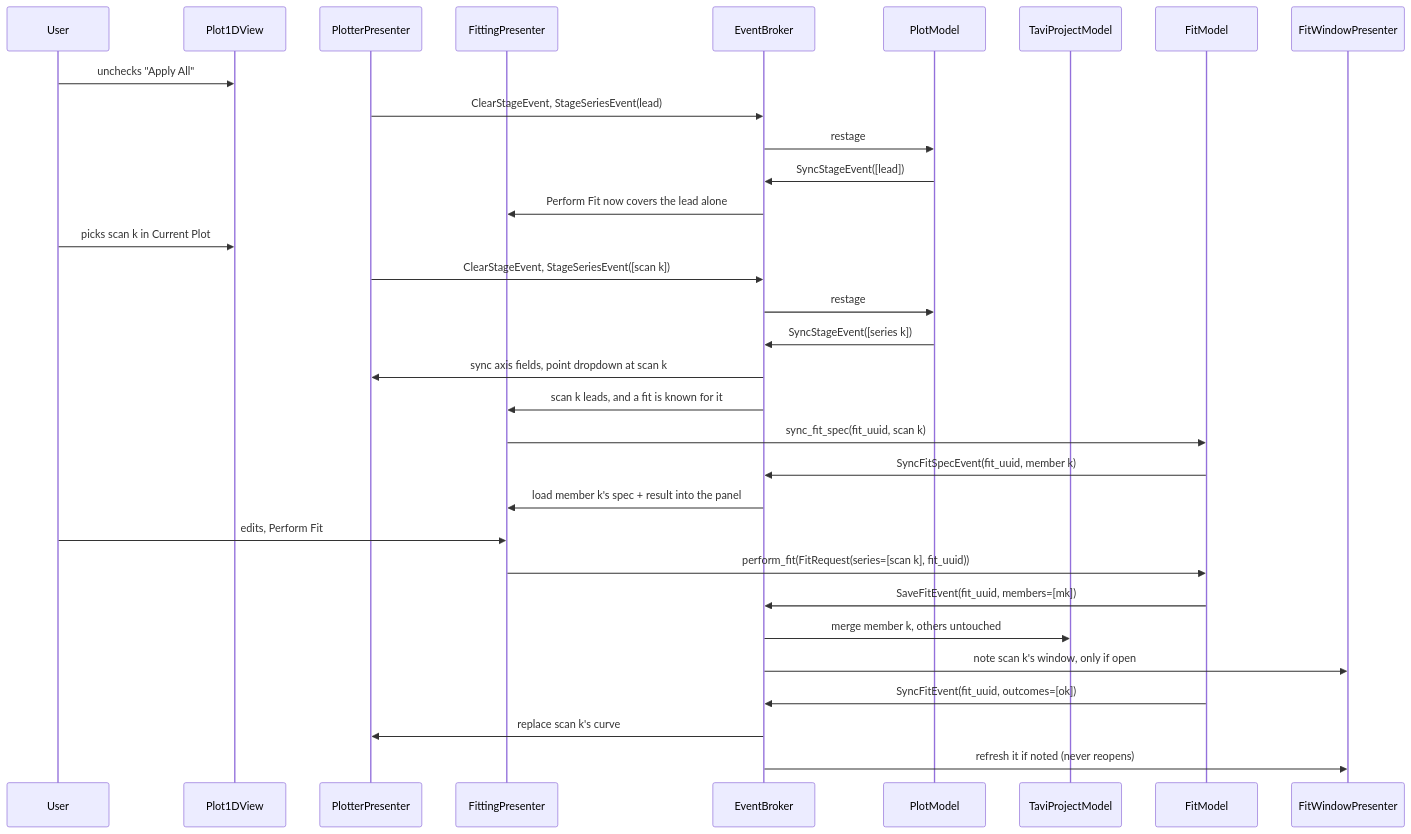
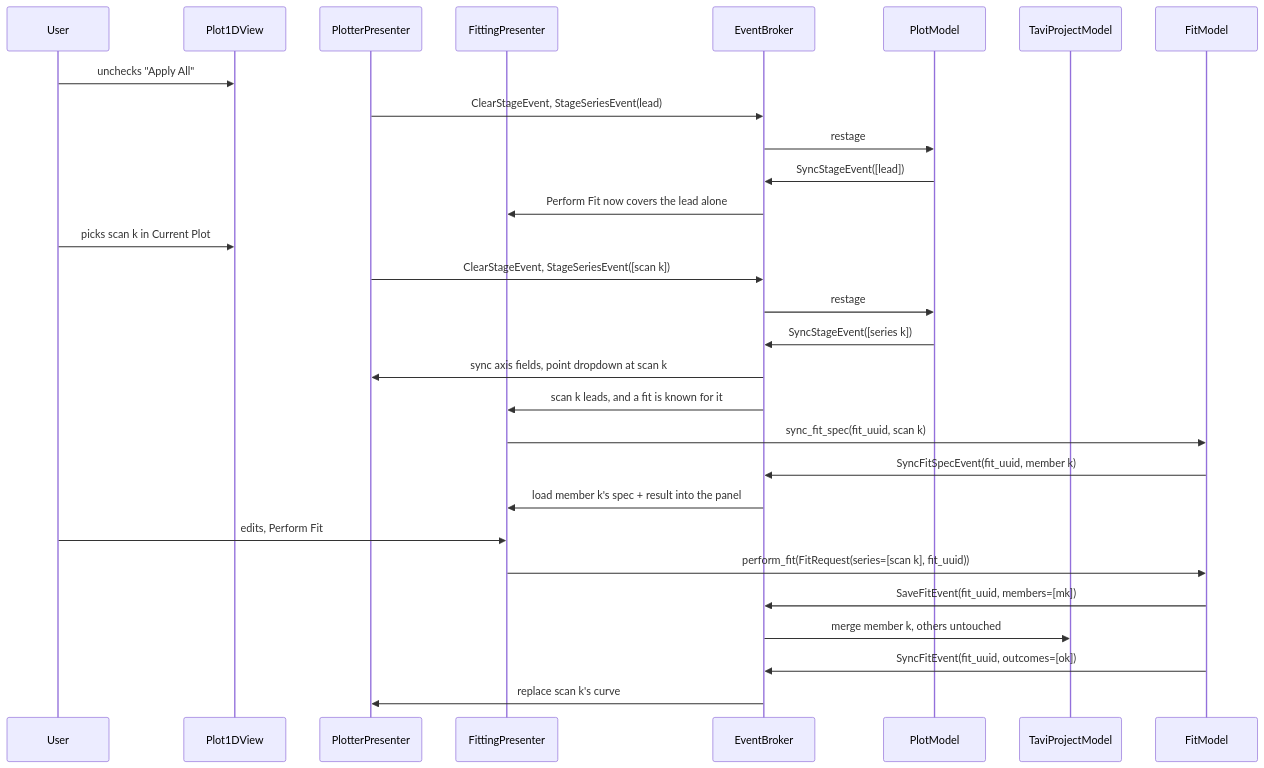
The sixth of 8 diagrams in docs/source/design/frontend/fit_data_model.rst (neutrons/TAVI), drawn with Mermaid before and after one commit. The commit also changed other lines of this file and 20 other files, not shown here.

```diff
--- a/docs/source/design/frontend/fit_data_model.rst
+++ b/docs/source/design/frontend/fit_data_model.rst
@@ -449,35 +503,35 @@
 .. mermaid::
 
     sequenceDiagram
         participant User
         participant Plot1DView
         participant PlotterPresenter
         participant FittingPresenter
         participant EventBroker
         participant PlotModel
         participant TaviProjectModel
         participant FitModel
-        participant FitWindowPresenter
+        %% Deprecated: participant FitWindowPresenter
 
         User ->> Plot1DView: unchecks "Apply All"
         PlotterPresenter ->> EventBroker: ClearStageEvent, StageSeriesEvent(lead)
         EventBroker ->> PlotModel: restage
         PlotModel ->> EventBroker: SyncStageEvent([lead])
         EventBroker ->> FittingPresenter: Perform Fit now covers the lead alone
         User ->> Plot1DView: picks scan k in Current Plot
         PlotterPresenter ->> EventBroker: ClearStageEvent, StageSeriesEvent([scan k])
         EventBroker ->> PlotModel: restage
         PlotModel ->> EventBroker: SyncStageEvent([series k])
         EventBroker ->> PlotterPresenter: sync axis fields, point dropdown at scan k
         EventBroker ->> FittingPresenter: scan k leads, and a fit is known for it
         FittingPresenter ->> FitModel: sync_fit_spec(fit_uuid, scan k)
         FitModel ->> EventBroker: SyncFitSpecEvent(fit_uuid, member k)
         EventBroker ->> FittingPresenter: load member k's spec + result into the panel
         User ->> FittingPresenter: edits, Perform Fit
         FittingPresenter ->> FitModel: perform_fit(FitRequest(series=[scan k], fit_uuid))
         FitModel ->> EventBroker: SaveFitEvent(fit_uuid, members=[mk])
         EventBroker ->> TaviProjectModel: merge member k, others untouched
-        EventBroker ->> FitWindowPresenter: note scan k's window, only if open
+        %% Deprecated: EventBroker ->> FitWindowPresenter: note scan k's window, only if open
         FitModel ->> EventBroker: SyncFitEvent(fit_uuid, outcomes=[ok])
         EventBroker ->> PlotterPresenter: replace scan k's curve
-        EventBroker ->> FitWindowPresenter: refresh it if noted (never reopens)
+        %% Deprecated: EventBroker ->> FitWindowPresenter: refresh it if noted (never reopens)
```
